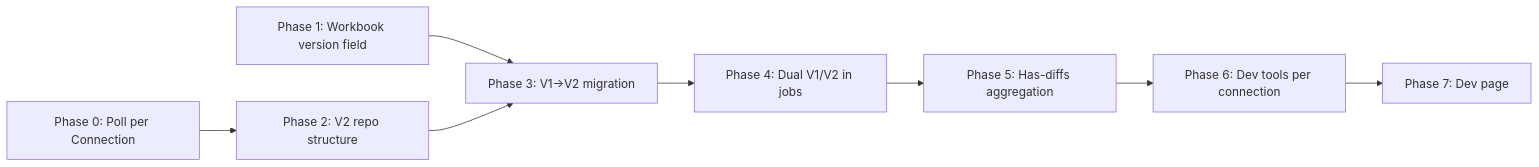
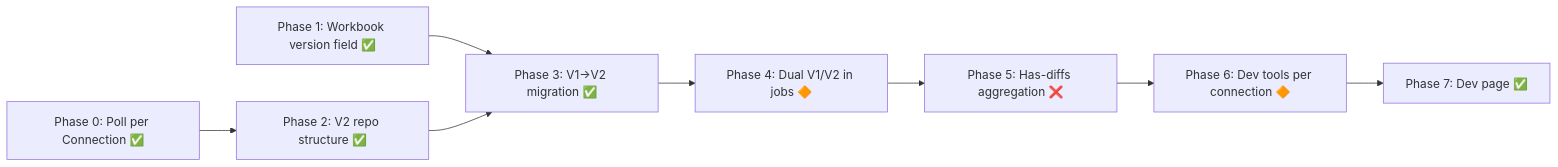
Before and after one commit to whalesync/scratch-cli-test: the second of 2 diagrams in docs/repo-per-connection-plan.md, drawn with Mermaid. The commit also changed other lines of this file and 49 other files, not shown here.

First line of the commit message:
[refactor] single repo per connector, plus index fixes, large change

````diff
--- a/docs/repo-per-connection-plan.md
+++ b/docs/repo-per-connection-plan.md
@@ -251,11 +269,11 @@
 ```mermaid
 graph LR
-    P0["Phase 0: Poll per Connection"] --> P2
-    P1["Phase 1: Workbook version field"] --> P3
-    P2["Phase 2: V2 repo structure"] --> P3
-    P3["Phase 3: V1→V2 migration"] --> P4
-    P4["Phase 4: Dual V1/V2 in jobs"] --> P5
-    P5["Phase 5: Has-diffs aggregation"] --> P6
-    P6["Phase 6: Dev tools per connection"] --> P7
-    P7["Phase 7: Dev page"]
+    P0["Phase 0: Poll per Connection ✅"] --> P2
+    P1["Phase 1: Workbook version field ✅"] --> P3
+    P2["Phase 2: V2 repo structure ✅"] --> P3
+    P3["Phase 3: V1→V2 migration ✅"] --> P4
+    P4["Phase 4: Dual V1/V2 in jobs 🔶"] --> P5
+    P5["Phase 5: Has-diffs aggregation ❌"] --> P6
+    P6["Phase 6: Dev tools per connection 🔶"] --> P7
+    P7["Phase 7: Dev page ✅"]
 ```
````
